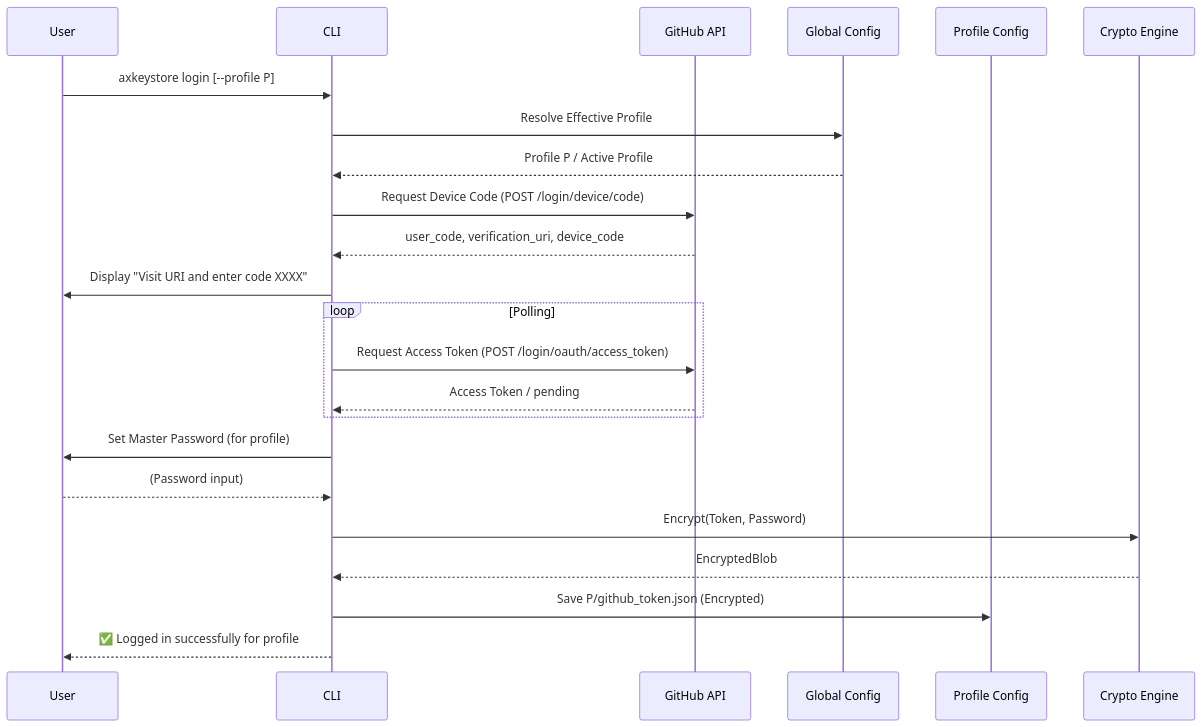
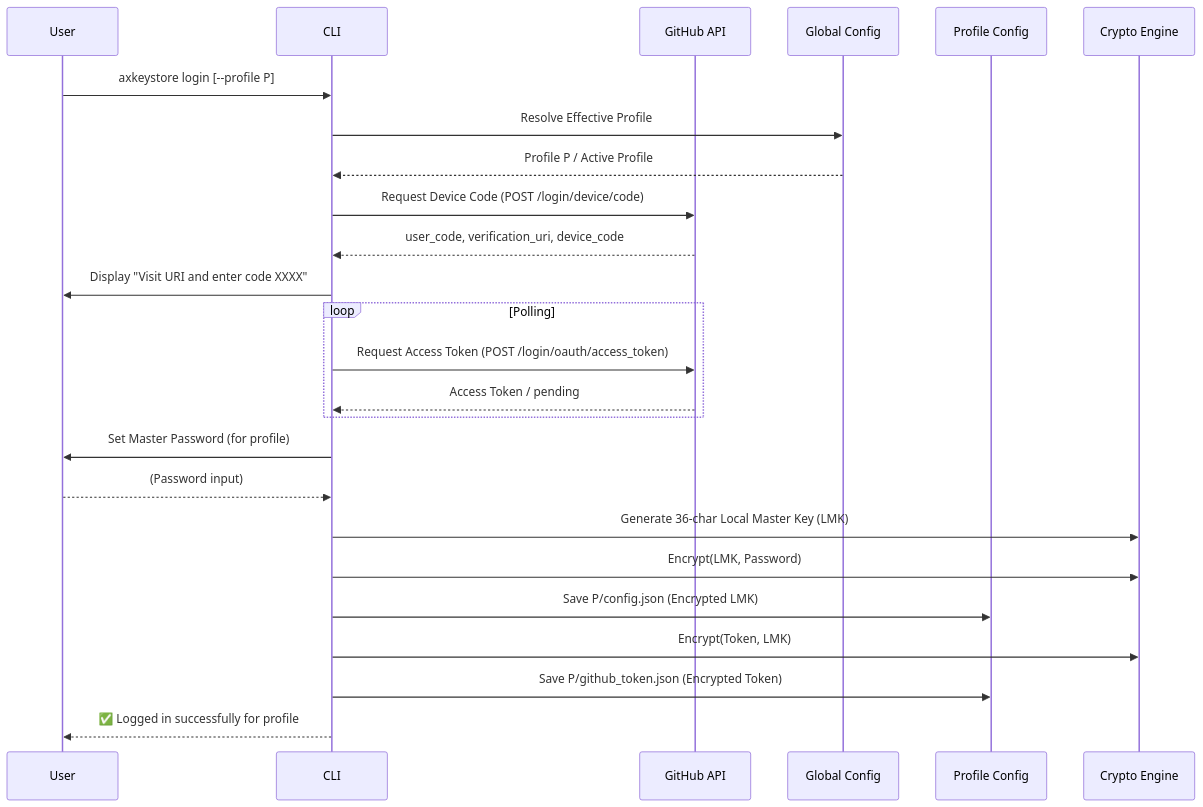
The first of 8 diagrams in README.md (basilgregory/axkeystore), drawn with Mermaid before and after one commit. The commit also changed other lines of this file and 2 other files, not shown here.

Commit message:
reset master password

````diff
--- a/README.md
+++ b/README.md
@@ -232,26 +275,28 @@
 ```mermaid
 sequenceDiagram
     participant U as User
     participant C as CLI
     participant G as GitHub API
     participant GC as Global Config
     participant PC as Profile Config
     participant CR as Crypto Engine
 
     U->>C: axkeystore login [--profile P]
     C->>GC: Resolve Effective Profile
     GC-->>C: Profile P / Active Profile
     C->>G: Request Device Code (POST /login/device/code)
     G-->>C: user_code, verification_uri, device_code
     C->>U: Display "Visit URI and enter code XXXX"
     loop Polling
         C->>G: Request Access Token (POST /login/oauth/access_token)
         G-->>C: Access Token / pending
     end
     C->>U: Set Master Password (for profile)
     U-->>C: (Password input)
-    C->>CR: Encrypt(Token, Password)
-    CR-->>C: EncryptedBlob
-    C->>PC: Save P/github_token.json (Encrypted)
+    C->>CR: Generate 36-char Local Master Key (LMK)
+    C->>CR: Encrypt(LMK, Password)
+    C->>PC: Save P/config.json (Encrypted LMK)
+    C->>CR: Encrypt(Token, LMK)
+    C->>PC: Save P/github_token.json (Encrypted Token)
     C-->>U: ✅ Logged in successfully for profile
 ```
````
